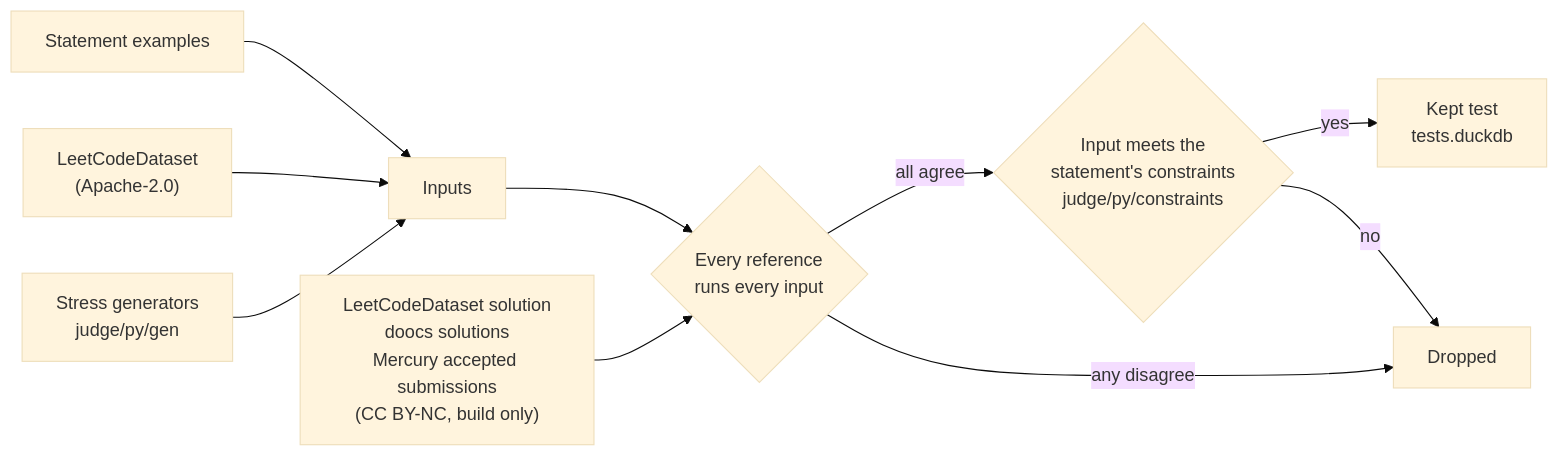
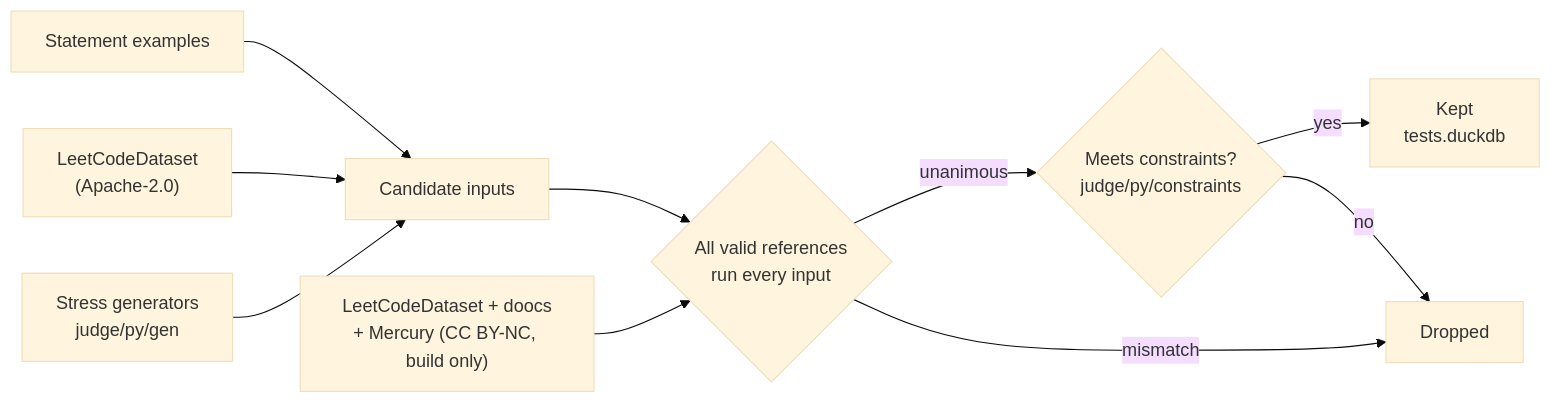
The fourth of 4 diagrams in docs/architecture.md (nsudhanva/openleet), drawn with Mermaid (base theme) before and after one commit. The commit also changed other lines of this file and 5 other files, not shown here.

Commit message:
docs: tighten README and docs with tables and diagrams

````diff
--- a/docs/architecture.md
+++ b/docs/architecture.md
@@ -106,12 +111,12 @@
 ```mermaid
 flowchart LR
-    E[Statement examples] --> I[Inputs]
+    E[Statement examples] --> I[Candidate inputs]
     L["LeetCodeDataset<br/>(Apache-2.0)"] --> I
     G["Stress generators<br/>judge/py/gen"] --> I
-    I --> R{"Every reference<br/>runs every input"}
-    R1["LeetCodeDataset solution<br/>doocs solutions<br/>Mercury accepted submissions<br/>(CC BY-NC, build only)"] --> R
-    R -- all agree --> C{"Input meets the<br/>statement's constraints<br/>judge/py/constraints"}
-    R -- any disagree --> X[Dropped]
-    C -- yes --> K["Kept test<br/>tests.duckdb"]
+    I --> R{"All valid references<br/>run every input"}
+    R1["LeetCodeDataset + doocs<br/>+ Mercury (CC BY-NC, build only)"] --> R
+    R -- unanimous --> C{"Meets constraints?<br/>judge/py/constraints"}
+    R -- mismatch --> X[Dropped]
+    C -- yes --> K["Kept<br/>tests.duckdb"]
     C -- no --> X
 ```
````
